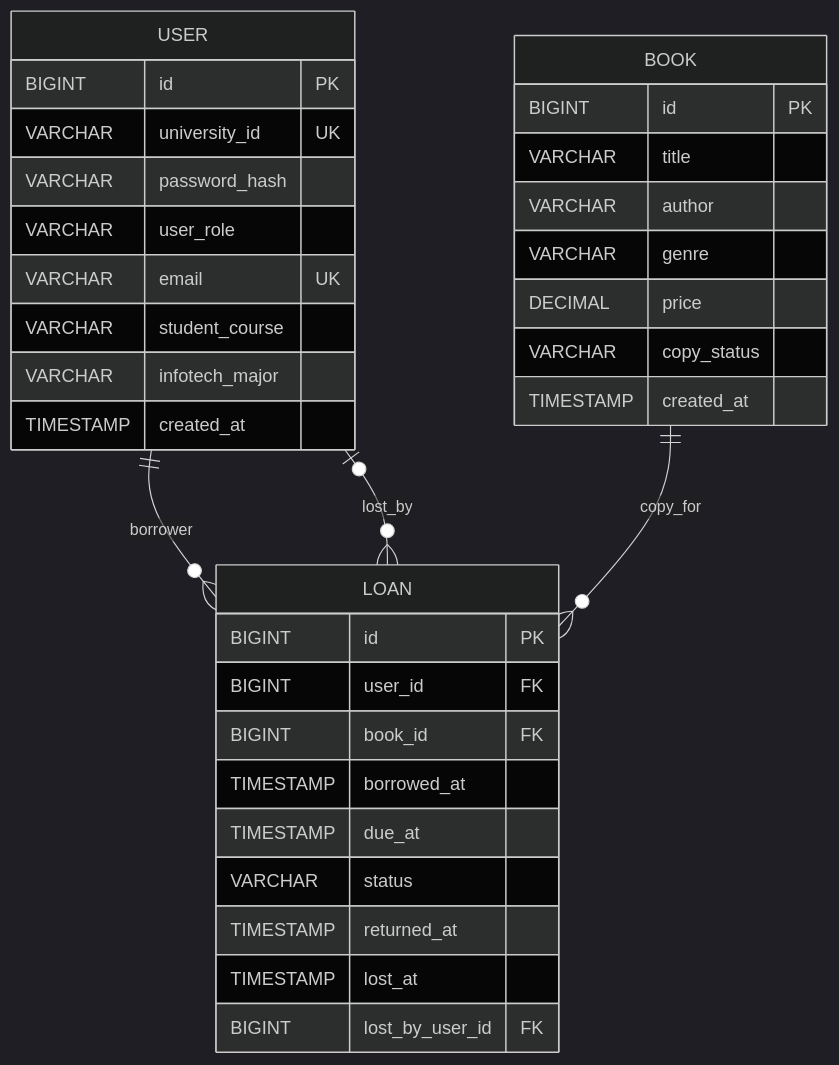
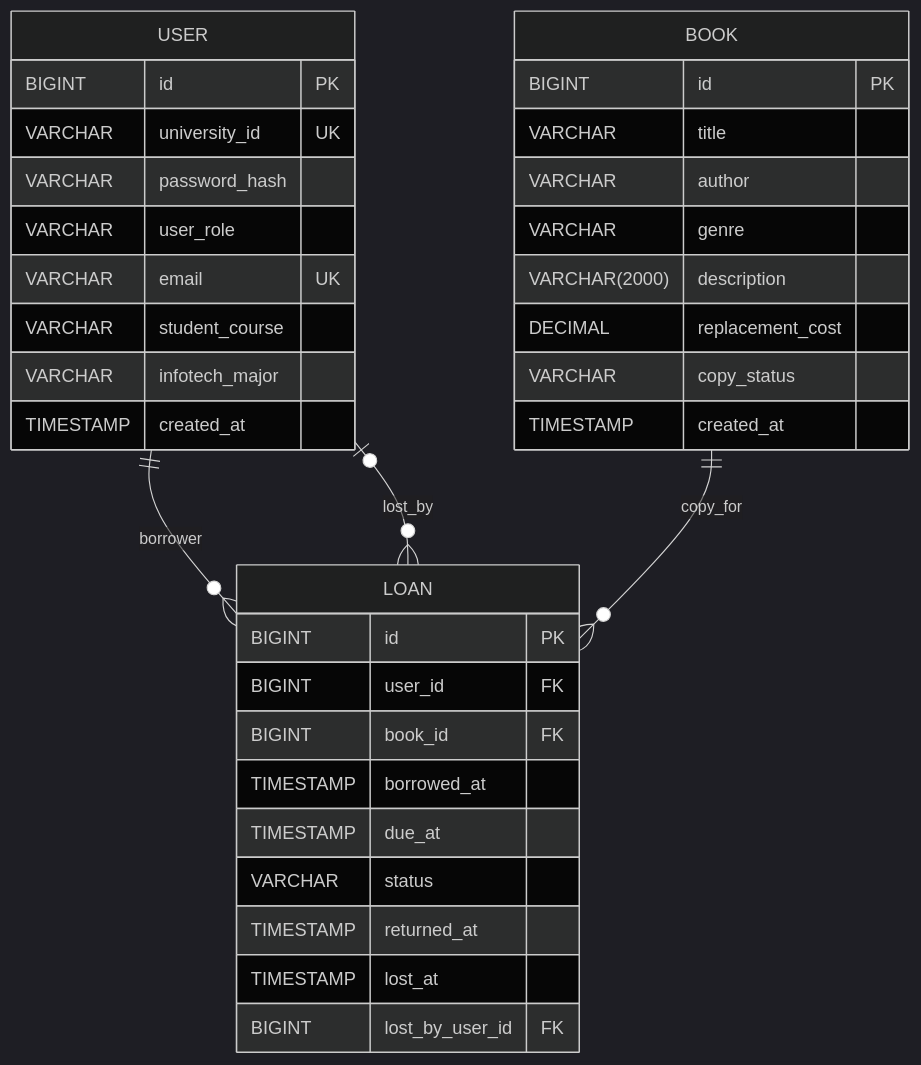
The fourth of 6 diagrams in data/readmes/kyledelfin2006__libro-library-system.md (zqf20096327/dbhub_collect), drawn with Mermaid (dark theme) before and after one commit. The commit also changed other lines of this file and 515 other files, not shown here.

````diff
--- a/data/readmes/kyledelfin2006__libro-library-system.md
+++ b/data/readmes/kyledelfin2006__libro-library-system.md
@@ -218,36 +221,37 @@
 ```mermaid
 erDiagram
     USER ||--o{ LOAN : borrower
     USER o|--o{ LOAN : lost_by
     BOOK ||--o{ LOAN : copy_for
     BOOK {
         BIGINT id PK
         VARCHAR title
         VARCHAR author
         VARCHAR genre
-        DECIMAL price
+        VARCHAR(2000) description
+        DECIMAL replacement_cost
         VARCHAR copy_status
         TIMESTAMP created_at
     }
     USER {
         BIGINT id PK
         VARCHAR university_id UK
         VARCHAR password_hash
         VARCHAR user_role
         VARCHAR email UK
         VARCHAR student_course
         VARCHAR infotech_major
         TIMESTAMP created_at
     }
     LOAN {
         BIGINT id PK
         BIGINT user_id FK
         BIGINT book_id FK
         TIMESTAMP borrowed_at
         TIMESTAMP due_at
         VARCHAR status
         TIMESTAMP returned_at
         TIMESTAMP lost_at
         BIGINT lost_by_user_id FK
     }
 ```
````
